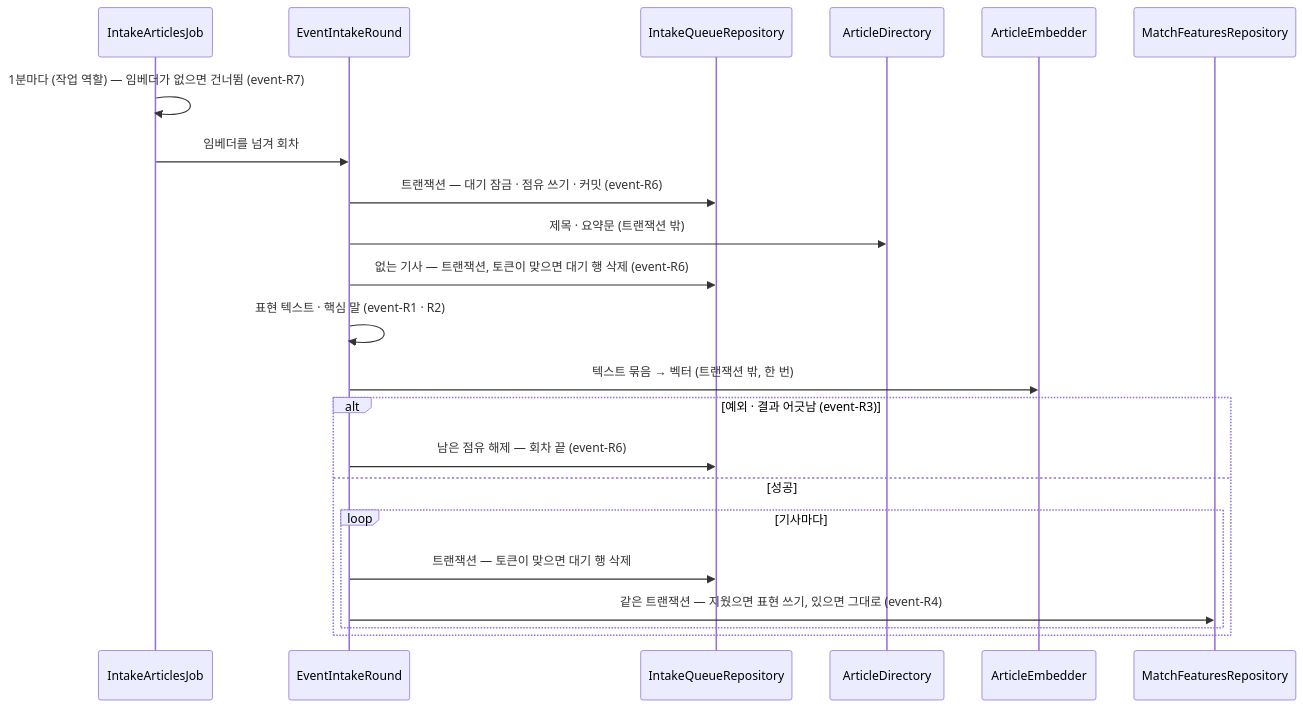
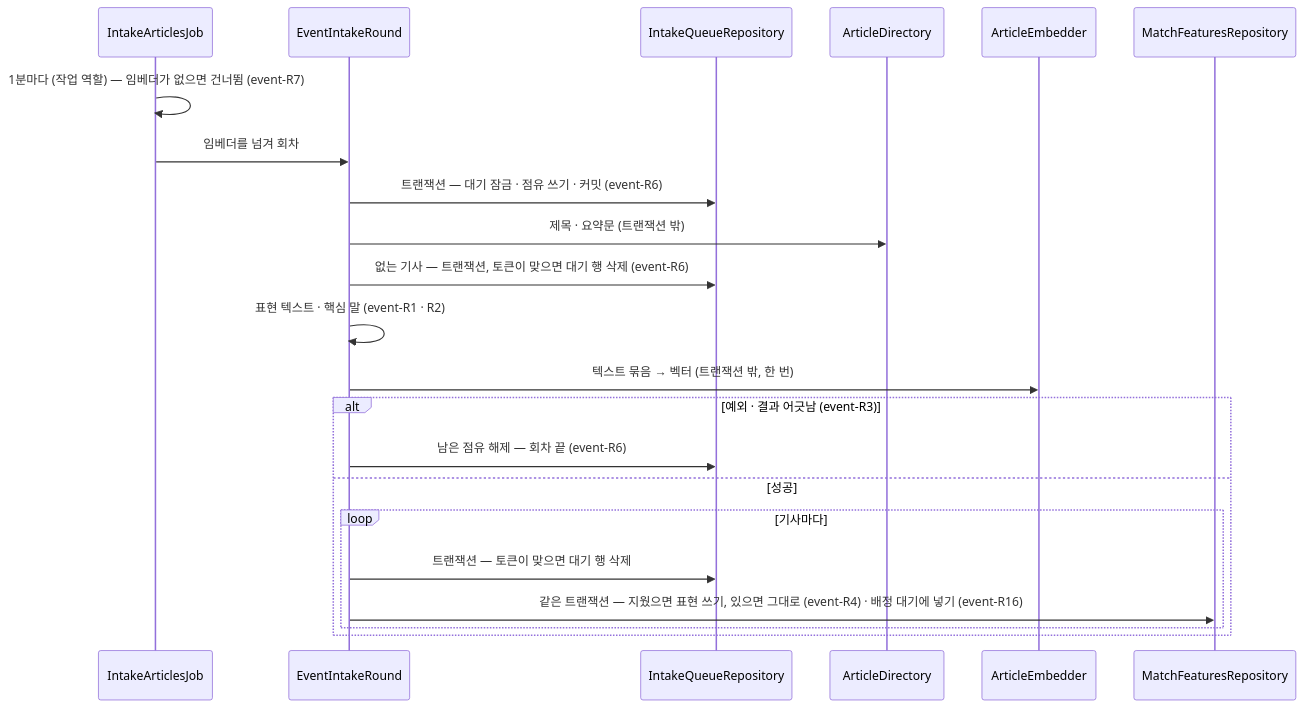
One commit to Theia0382/yozm-news changed the first of 2 diagrams in docs/specs/event.md. Above: the diagram before and after it, drawn with Mermaid. The commit also changed other lines of this file and 52 other files, not shown here.

````diff
--- a/docs/specs/event.md
+++ b/docs/specs/event.md
@@ -66,25 +108,25 @@
 ```mermaid
 sequenceDiagram
     participant J as IntakeArticlesJob
     participant R as EventIntakeRound
     participant Q as IntakeQueueRepository
     participant A as ArticleDirectory
     participant E as ArticleEmbedder
     participant F as MatchFeaturesRepository
 
     J->>J: 1분마다 (작업 역할) — 임베더가 없으면 건너뜀 (event-R7)
     J->>R: 임베더를 넘겨 회차
     R->>Q: 트랜잭션 — 대기 잠금 · 점유 쓰기 · 커밋 (event-R6)
     R->>A: 제목 · 요약문 (트랜잭션 밖)
     R->>Q: 없는 기사 — 트랜잭션, 토큰이 맞으면 대기 행 삭제 (event-R6)
     R->>R: 표현 텍스트 · 핵심 말 (event-R1 · R2)
     R->>E: 텍스트 묶음 → 벡터 (트랜잭션 밖, 한 번)
     alt 예외 · 결과 어긋남 (event-R3)
         R->>Q: 남은 점유 해제 — 회차 끝 (event-R6)
     else 성공
         loop 기사마다
             R->>Q: 트랜잭션 — 토큰이 맞으면 대기 행 삭제
-            R->>F: 같은 트랜잭션 — 지웠으면 표현 쓰기, 있으면 그대로 (event-R4)
+            R->>F: 같은 트랜잭션 — 지웠으면 표현 쓰기, 있으면 그대로 (event-R4) · 배정 대기에 넣기 (event-R16)
         end
     end
 ```
````
